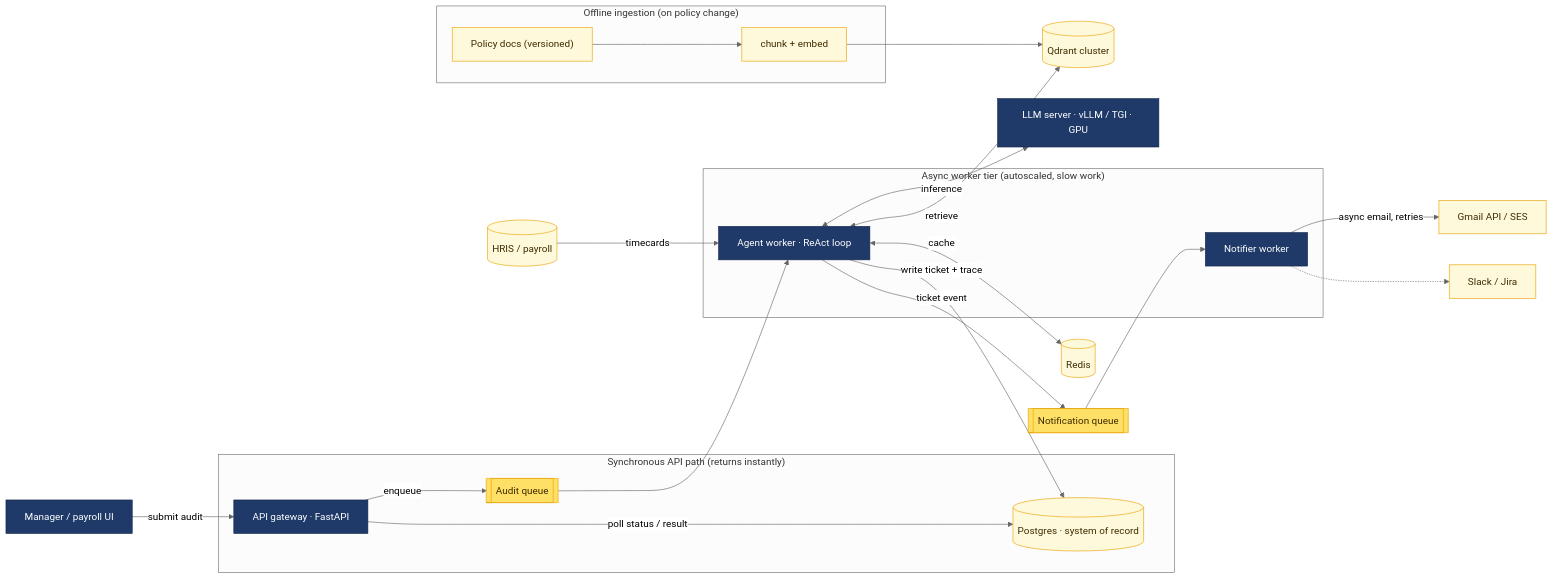
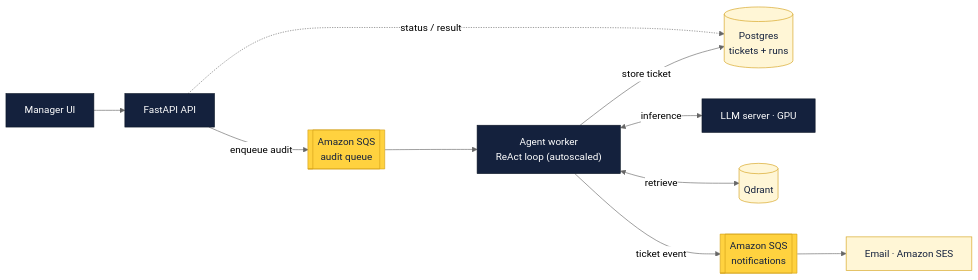
The fourth of 4 diagrams in README.md (2015pushkar/shiftguard_agent_v1), drawn with Mermaid (neutral theme) before and after one commit. The commit also changed other lines of this file, not shown here.

Commit message:
docs: Update README with improved Mermaid diagram styles and refine future scope for productionizing

````diff
--- a/README.md
+++ b/README.md
@@ -209,36 +209,20 @@
 ```mermaid
 flowchart LR
-    M["Manager / payroll UI"] -->|submit audit| GW["API gateway · FastAPI"]
+    UI["Manager UI"] --> API["FastAPI API"]
+    API -->|enqueue audit| SQS[["Amazon SQS<br/>audit queue"]]
+    API -. status / result .-> DB[("Postgres<br/>tickets + runs")]
 
-    subgraph SYNC["Synchronous API path (returns instantly)"]
-      GW -->|enqueue| Q[["Audit queue"]]
-      GW -->|"poll status / result"| PG[("Postgres · system of record")]
-    end
+    SQS --> W["Agent worker<br/>ReAct loop (autoscaled)"]
+    W <-->|inference| LLM["LLM server · GPU"]
+    W <-->|retrieve| QD[("Qdrant")]
+    W -->|store ticket| DB
+    W -->|ticket event| NQ[["Amazon SQS<br/>notifications"]]
+    NQ --> MAIL["Email · Amazon SES"]
 
-    subgraph ASYNC["Async worker tier (autoscaled, slow work)"]
-      W["Agent worker · ReAct loop"]
-      NS["Notifier worker"]
-    end
-    Q --> W
-    W <-->|inference| LLM["LLM server · vLLM / TGI · GPU"]
-    W <-->|retrieve| QD[("Qdrant cluster")]
-    W <-->|cache| R[("Redis")]
-    W -->|"write ticket + trace"| PG
-    W -->|ticket event| NQ[["Notification queue"]]
-    NQ --> NS
-    NS -->|"async email, retries"| GM["Gmail API / SES"]
-    NS -.-> SL["Slack / Jira"]
-
-    subgraph INGEST["Offline ingestion (on policy change)"]
-      POL["Policy docs (versioned)"] --> IDX["chunk + embed"]
-    end
-    IDX --> QD
-    HRIS[("HRIS / payroll")] -->|timecards| W
-
-    classDef navy fill:#1f3a68,stroke:#13264a,color:#ffffff;
-    classDef gold fill:#ffe066,stroke:#e8a200,color:#3d2c00;
-    classDef goldLite fill:#fff9db,stroke:#e8a200,color:#3d2c00;
-    class M,GW,W,LLM,NS navy;
-    class Q,NQ gold;
-    class PG,QD,R,GM,SL,POL,IDX,HRIS goldLite;
+    classDef navy fill:#14213d,stroke:#0b1526,color:#ffffff;
+    classDef gold fill:#ffd23f,stroke:#d4a017,color:#14213d;
+    classDef goldLite fill:#fff6d6,stroke:#d4a017,color:#14213d;
+    class UI,API,W,LLM navy;
+    class SQS,NQ gold;
+    class DB,QD,MAIL goldLite;
 ```
````
